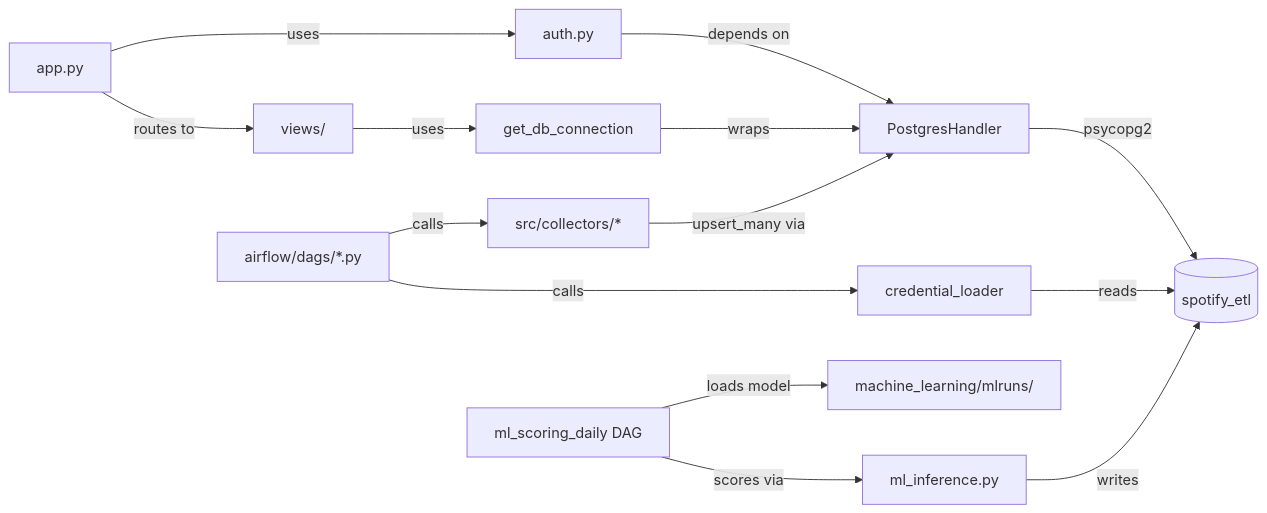
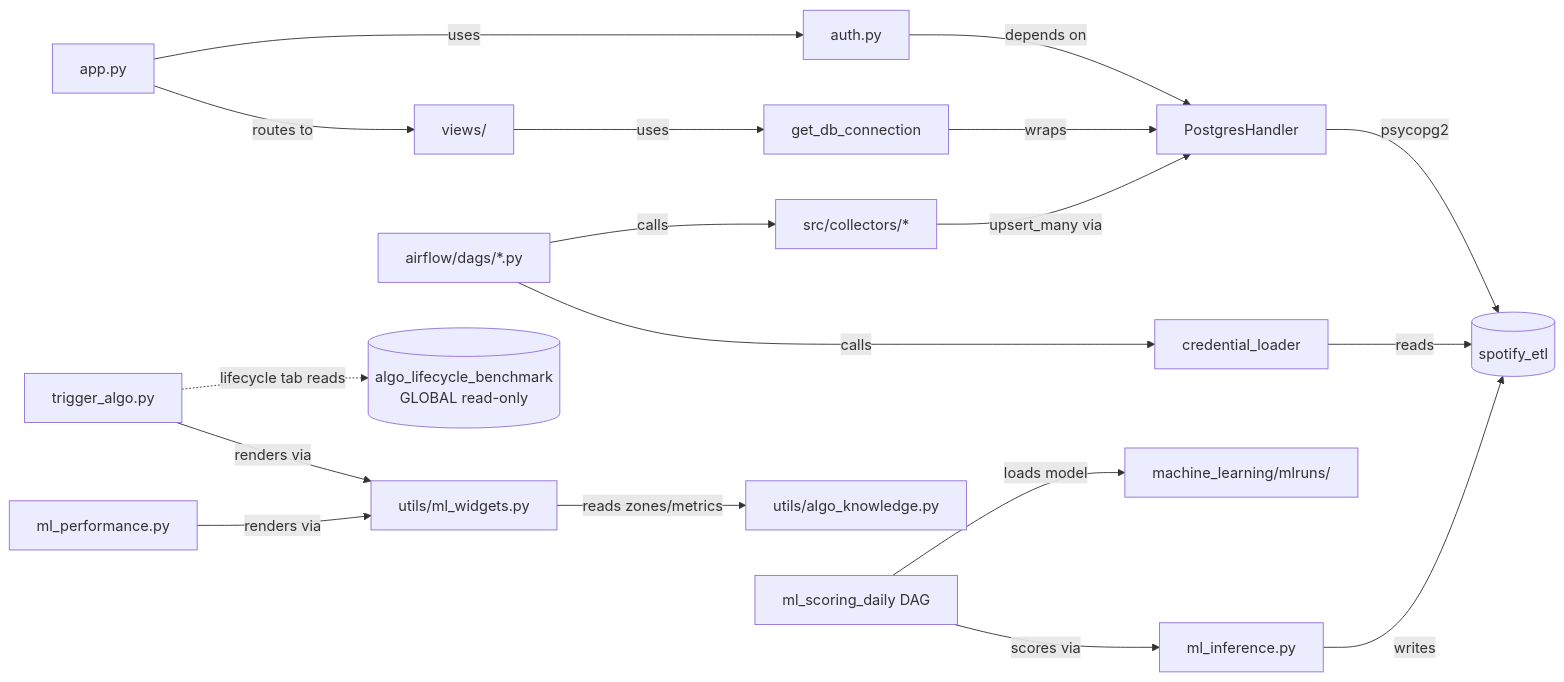
The second of 3 diagrams in .claude/dev-docs/architecture.md (1x7xxxxxxx/Dashboard_music_platform_algo_spotify), drawn with Mermaid before and after one commit. The commit also changed other lines of this file and 81 other files, not shown here.

````diff
--- a/.claude/dev-docs/architecture.md
+++ b/.claude/dev-docs/architecture.md
@@ -34,18 +34,23 @@
 ```mermaid
 graph LR
     app.py -->|routes to| V[views/]
     app.py -->|uses| auth.py
     auth.py -->|depends on| PH[PostgresHandler]
     V -->|uses| GDB[get_db_connection]
     GDB -->|wraps| PH
     PH -->|psycopg2| DB[(spotify_etl)]
 
     DAG[airflow/dags/*.py] -->|calls| COL[src/collectors/*]
     DAG -->|calls| CL[credential_loader]
     CL -->|reads| DB
     COL -->|upsert_many via| PH
 
     ML[ml_scoring_daily DAG] -->|loads model| MLR[machine_learning/mlruns/]
     ML -->|scores via| INF[ml_inference.py]
     INF -->|writes| DB
+
+    TA[trigger_algo.py] -->|renders via| MW[utils/ml_widgets.py]
+    MLP[ml_performance.py] -->|renders via| MW
+    MW -->|reads zones/metrics| AK[utils/algo_knowledge.py]
+    TA -.->|lifecycle tab reads| BENCH[(algo_lifecycle_benchmark<br/>GLOBAL read-only)]
 ```
````
